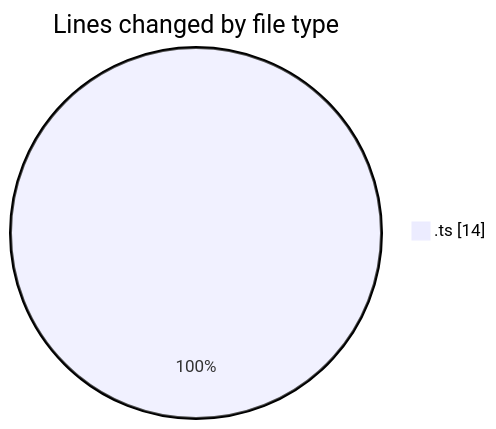
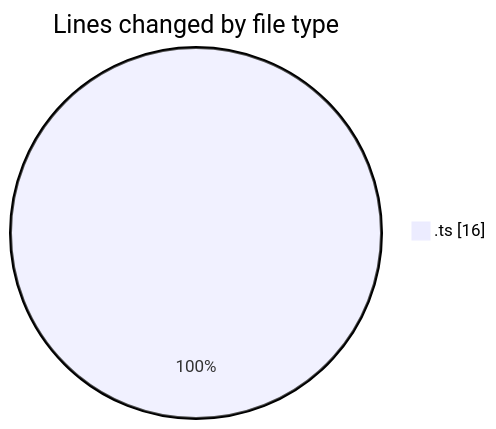
The first of 2 diagrams in 2026-04-15/airfeed-analytics-dashboard/README.md (nxtqubesakshisongat/code-tracking), drawn with Mermaid before and after one commit. The commit also changed other lines of this file and 1 other file, not shown here.

````diff
--- a/2026-04-15/airfeed-analytics-dashboard/README.md
+++ b/2026-04-15/airfeed-analytics-dashboard/README.md
@@ -20,5 +21,5 @@
 ```mermaid
 pie showData
 title Lines changed by file type
-".ts" : 14
+".ts" : 16
 ```
````
